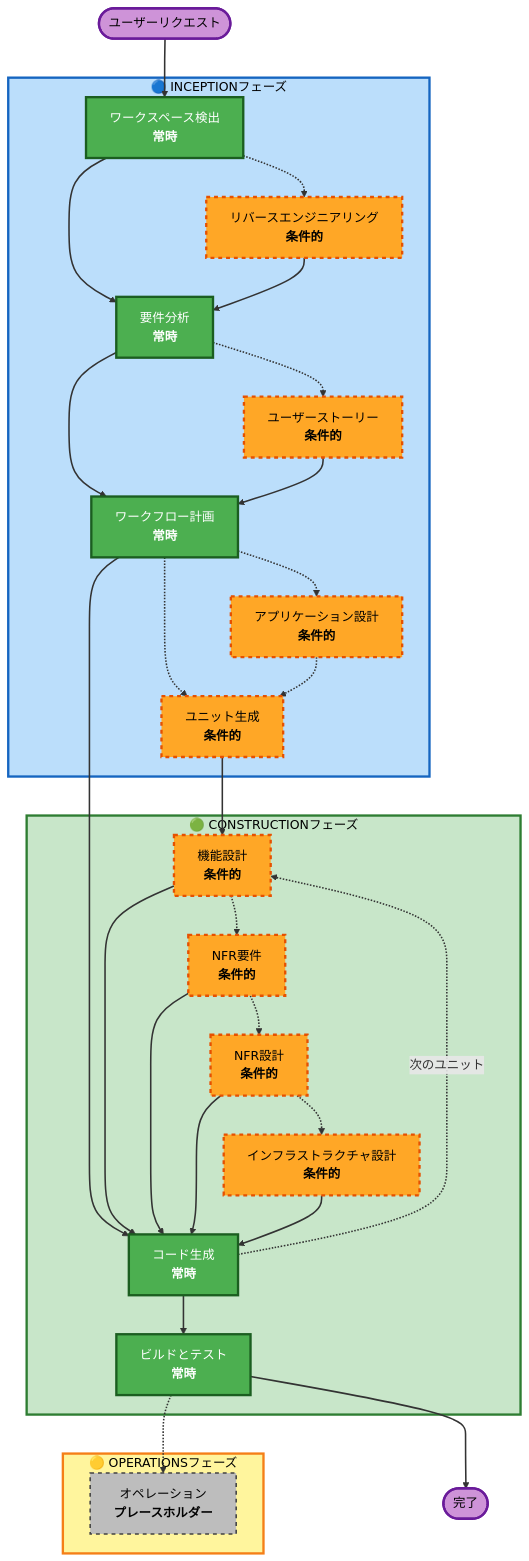
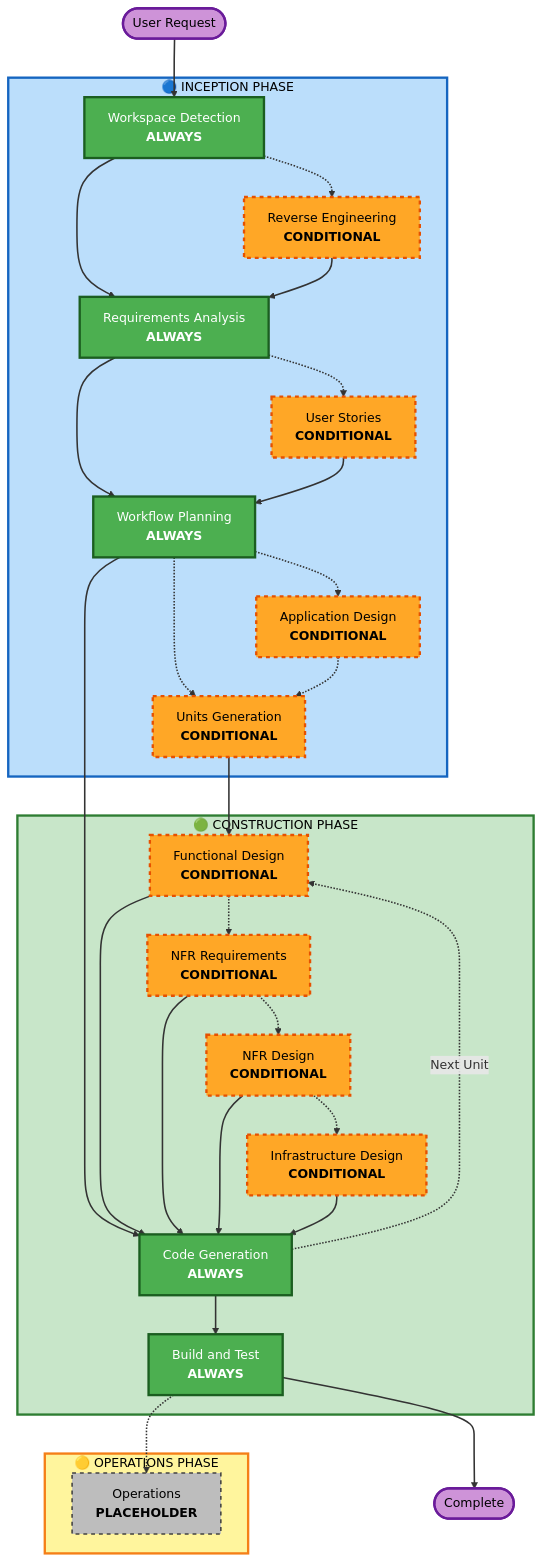
One commit to khmoryz/mekakushi changed the diagram in .kiro/steering/aidlc-rules/aws-aidlc-rule-details/common/process-overview.md. Above: the diagram before and after it, drawn with Mermaid. The commit also changed other lines of this file and 27 other files, not shown here.

````diff
--- a/.kiro/steering/aidlc-rules/aws-aidlc-rule-details/common/process-overview.md
+++ b/.kiro/steering/aidlc-rules/aws-aidlc-rule-details/common/process-overview.md
@@ -33,78 +33,78 @@
 ```mermaid
 flowchart TD
-    Start(["ユーザーリクエスト"])
+    Start(["User Request"])
     
-    subgraph INCEPTION["🔵 INCEPTIONフェーズ"]
-        WD["ワークスペース検出<br/><b>常時</b>"]
-        RE["リバースエンジニアリング<br/><b>条件的</b>"]
-        RA["要件分析<br/><b>常時</b>"]
-        Stories["ユーザーストーリー<br/><b>条件的</b>"]
-        WP["ワークフロー計画<br/><b>常時</b>"]
-        AppDesign["アプリケーション設計<br/><b>条件的</b>"]
-        UnitsG["ユニット生成<br/><b>条件的</b>"]
+    subgraph INCEPTION["🔵 INCEPTION PHASE"]
+        WD["Workspace Detection<br/><b>ALWAYS</b>"]
+        RE["Reverse Engineering<br/><b>CONDITIONAL</b>"]
+        RA["Requirements Analysis<br/><b>ALWAYS</b>"]
+        Stories["User Stories<br/><b>CONDITIONAL</b>"]
+        WP["Workflow Planning<br/><b>ALWAYS</b>"]
+        AppDesign["Application Design<br/><b>CONDITIONAL</b>"]
+        UnitsG["Units Generation<br/><b>CONDITIONAL</b>"]
     end
     
-    subgraph CONSTRUCTION["🟢 CONSTRUCTIONフェーズ"]
-        FD["機能設計<br/><b>条件的</b>"]
-        NFRA["NFR要件<br/><b>条件的</b>"]
-        NFRD["NFR設計<br/><b>条件的</b>"]
-        ID["インフラストラクチャ設計<br/><b>条件的</b>"]
-        CG["コード生成<br/><b>常時</b>"]
-        BT["ビルドとテスト<br/><b>常時</b>"]
+    subgraph CONSTRUCTION["🟢 CONSTRUCTION PHASE"]
+        FD["Functional Design<br/><b>CONDITIONAL</b>"]
+        NFRA["NFR Requirements<br/><b>CONDITIONAL</b>"]
+        NFRD["NFR Design<br/><b>CONDITIONAL</b>"]
+        ID["Infrastructure Design<br/><b>CONDITIONAL</b>"]
+        CG["Code Generation<br/><b>ALWAYS</b>"]
+        BT["Build and Test<br/><b>ALWAYS</b>"]
     end
     
-    subgraph OPERATIONS["🟡 OPERATIONSフェーズ"]
-        OPS["オペレーション<br/><b>プレースホルダー</b>"]
+    subgraph OPERATIONS["🟡 OPERATIONS PHASE"]
+        OPS["Operations<br/><b>PLACEHOLDER</b>"]
     end
     
     Start --> WD
     WD -.-> RE
     WD --> RA
     RE --> RA
     
     RA -.-> Stories
     RA --> WP
     Stories --> WP
     
     WP -.-> AppDesign
     WP -.-> UnitsG
     AppDesign -.-> UnitsG
     UnitsG --> FD
     FD -.-> NFRA
     NFRA -.-> NFRD
     NFRD -.-> ID
     
     WP --> CG
     FD --> CG
     NFRA --> CG
     NFRD --> CG
     ID --> CG
-    CG -.->|次のユニット| FD
+    CG -.->|Next Unit| FD
     CG --> BT
     BT -.-> OPS
-    BT --> End(["完了"])
+    BT --> End(["Complete"])
     
     style WD fill:#4CAF50,stroke:#1B5E20,stroke-width:3px,color:#fff
     style RA fill:#4CAF50,stroke:#1B5E20,stroke-width:3px,color:#fff
     style WP fill:#4CAF50,stroke:#1B5E20,stroke-width:3px,color:#fff
 
     style CG fill:#4CAF50,stroke:#1B5E20,stroke-width:3px,color:#fff
     style BT fill:#4CAF50,stroke:#1B5E20,stroke-width:3px,color:#fff
     style OPS fill:#BDBDBD,stroke:#424242,stroke-width:2px,stroke-dasharray: 5 5,color:#000
     style RE fill:#FFA726,stroke:#E65100,stroke-width:3px,stroke-dasharray: 5 5,color:#000
     style Stories fill:#FFA726,stroke:#E65100,stroke-width:3px,stroke-dasharray: 5 5,color:#000
     style AppDesign fill:#FFA726,stroke:#E65100,stroke-width:3px,stroke-dasharray: 5 5,color:#000
 
     style UnitsG fill:#FFA726,stroke:#E65100,stroke-width:3px,stroke-dasharray: 5 5,color:#000
     style FD fill:#FFA726,stroke:#E65100,stroke-width:3px,stroke-dasharray: 5 5,color:#000
     style NFRA fill:#FFA726,stroke:#E65100,stroke-width:3px,stroke-dasharray: 5 5,color:#000
     style NFRD fill:#FFA726,stroke:#E65100,stroke-width:3px,stroke-dasharray: 5 5,color:#000
     style ID fill:#FFA726,stroke:#E65100,stroke-width:3px,stroke-dasharray: 5 5,color:#000
     style INCEPTION fill:#BBDEFB,stroke:#1565C0,stroke-width:3px, color:#000
     style CONSTRUCTION fill:#C8E6C9,stroke:#2E7D32,stroke-width:3px, color:#000
     style OPERATIONS fill:#FFF59D,stroke:#F57F17,stroke-width:3px, color:#000
     style Start fill:#CE93D8,stroke:#6A1B9A,stroke-width:3px,color:#000
     style End fill:#CE93D8,stroke:#6A1B9A,stroke-width:3px,color:#000
     
     linkStyle default stroke:#333,stroke-width:2px
 ```
````
